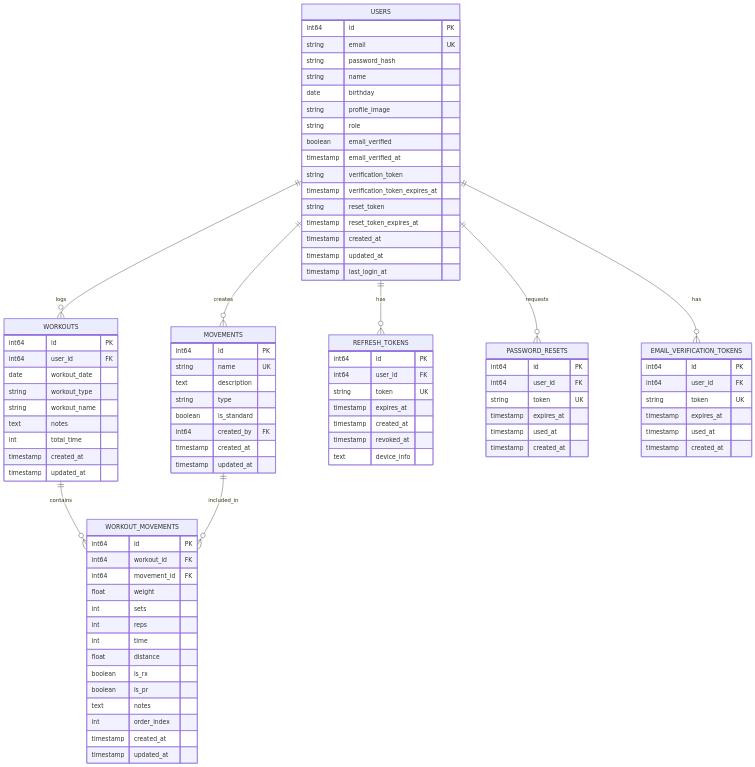
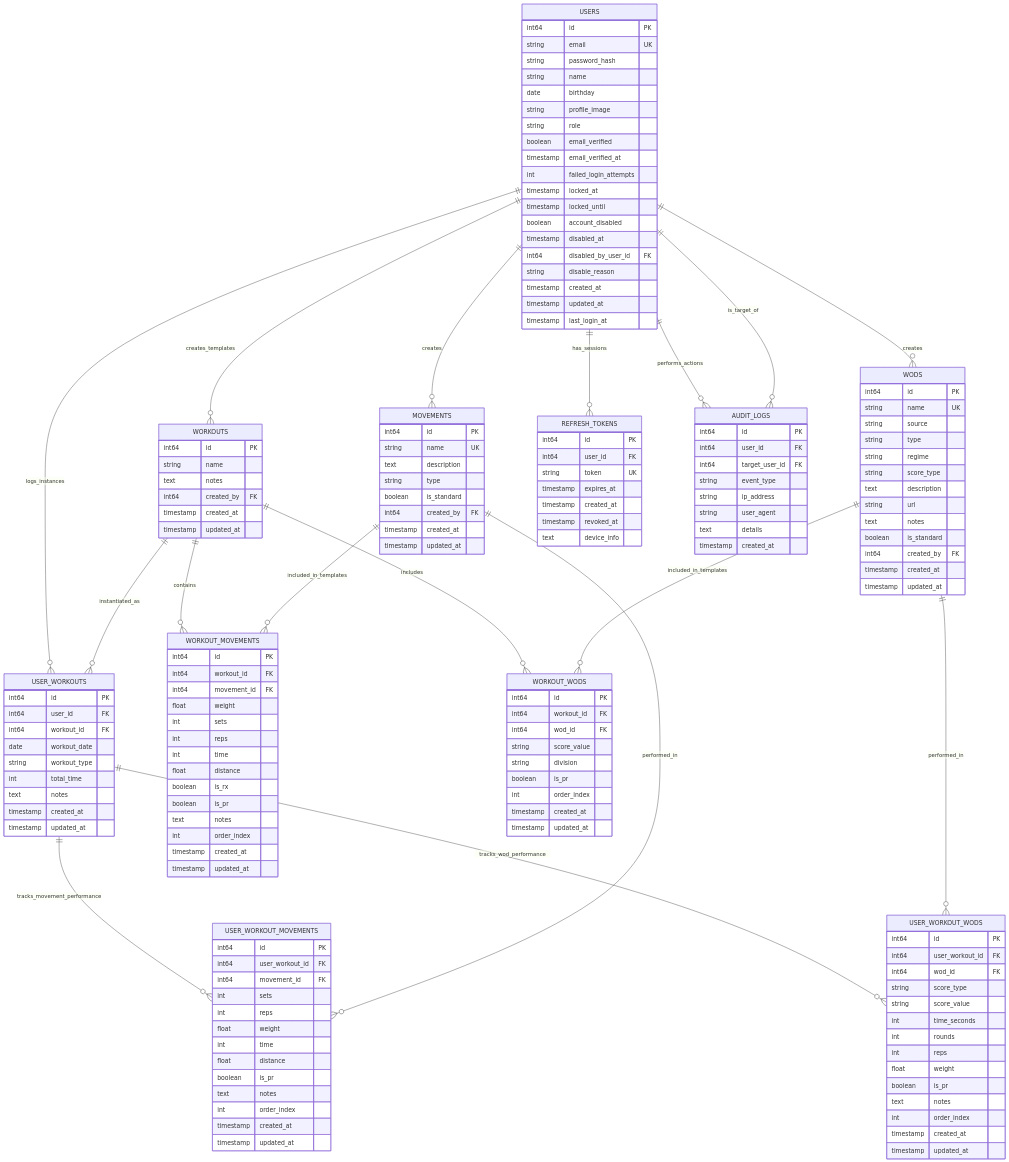
One commit to johnzastrow/actalog changed the diagram in docs/DATABASE_SCHEMA.md. Above: the diagram before and after it, drawn with Mermaid. The commit also changed other lines of this file, not shown here.

Commit message:
feat: Update database schema to enhance user and workout management; add new relationships and security features

````diff
--- a/docs/DATABASE_SCHEMA.md
+++ b/docs/DATABASE_SCHEMA.md
@@ -24,13 +24,25 @@
 ```mermaid
 erDiagram
-    USERS ||--o{ WORKOUTS : logs
+    USERS ||--o{ WORKOUTS : creates_templates
+    USERS ||--o{ USER_WORKOUTS : logs_instances
     USERS ||--o{ MOVEMENTS : creates
-    USERS ||--o{ REFRESH_TOKENS : has
-    USERS ||--o{ PASSWORD_RESETS : requests
-    USERS ||--o{ EMAIL_VERIFICATION_TOKENS : has
+    USERS ||--o{ WODS : creates
+    USERS ||--o{ REFRESH_TOKENS : has_sessions
+    USERS ||--o{ AUDIT_LOGS : performs_actions
+    USERS ||--o{ AUDIT_LOGS : is_target_of
 
     WORKOUTS ||--o{ WORKOUT_MOVEMENTS : contains
-    MOVEMENTS ||--o{ WORKOUT_MOVEMENTS : included_in
+    WORKOUTS ||--o{ WORKOUT_WODS : includes
+    WORKOUTS ||--o{ USER_WORKOUTS : instantiated_as
+
+    USER_WORKOUTS ||--o{ USER_WORKOUT_MOVEMENTS : tracks_movement_performance
+    USER_WORKOUTS ||--o{ USER_WORKOUT_WODS : tracks_wod_performance
+
+    MOVEMENTS ||--o{ WORKOUT_MOVEMENTS : included_in_templates
+    MOVEMENTS ||--o{ USER_WORKOUT_MOVEMENTS : performed_in
+
+    WODS ||--o{ WORKOUT_WODS : included_in_templates
+    WODS ||--o{ USER_WORKOUT_WODS : performed_in
 
     USERS {
         int64 id PK
@@ -42,10 +54,13 @@
         string role
         boolean email_verified
         timestamp email_verified_at
-        string verification_token
-        timestamp verification_token_expires_at
-        string reset_token
-        timestamp reset_token_expires_at
+        int failed_login_attempts
+        timestamp locked_at
+        timestamp locked_until
+        boolean account_disabled
+        timestamp disabled_at
+        int64 disabled_by_user_id FK
+        string disable_reason
         timestamp created_at
         timestamp updated_at
         timestamp last_login_at
@@ -53,12 +68,21 @@
 
     WORKOUTS {
         int64 id PK
+        string name
+        text notes
+        int64 created_by FK
+        timestamp created_at
+        timestamp updated_at
+    }
+
+    USER_WORKOUTS {
+        int64 id PK
         int64 user_id FK
+        int64 workout_id FK
         date workout_date
         string workout_type
-        string workout_name
+        int total_time
         text notes
-        int total_time
         timestamp created_at
         timestamp updated_at
     }
@@ -68,6 +92,22 @@
         string name UK
         text description
         string type
+        boolean is_standard
+        int64 created_by FK
+        timestamp created_at
+        timestamp updated_at
+    }
+
+    WODS {
+        int64 id PK
+        string name UK
+        string source
+        string type
+        string regime
+        string score_type
+        text description
+        string url
+        text notes
         boolean is_standard
         int64 created_by FK
         timestamp created_at
@@ -91,6 +131,51 @@
         timestamp updated_at
     }
 
+    WORKOUT_WODS {
+        int64 id PK
+        int64 workout_id FK
+        int64 wod_id FK
+        string score_value
+        string division
+        boolean is_pr
+        int order_index
+        timestamp created_at
+        timestamp updated_at
+    }
+
+    USER_WORKOUT_MOVEMENTS {
+        int64 id PK
+        int64 user_workout_id FK
+        int64 movement_id FK
+        int sets
+        int reps
+        float weight
+        int time
+        float distance
+        boolean is_pr
+        text notes
+        int order_index
+        timestamp created_at
+        timestamp updated_at
+    }
+
+    USER_WORKOUT_WODS {
+        int64 id PK
+        int64 user_workout_id FK
+        int64 wod_id FK
+        string score_type
+        string score_value
+        int time_seconds
+        int rounds
+        int reps
+        float weight
+        boolean is_pr
+        text notes
+        int order_index
+        timestamp created_at
+        timestamp updated_at
+    }
+
     REFRESH_TOKENS {
         int64 id PK
         int64 user_id FK
@@ -101,21 +186,14 @@
         text device_info
     }
 
-    PASSWORD_RESETS {
+    AUDIT_LOGS {
         int64 id PK
         int64 user_id FK
-        string token UK
-        timestamp expires_at
-        timestamp used_at
-        timestamp created_at
-    }
-
-    EMAIL_VERIFICATION_TOKENS {
-        int64 id PK
-        int64 user_id FK
-        string token UK
-        timestamp expires_at
-        timestamp used_at
+        int64 target_user_id FK
+        string event_type
+        string ip_address
+        string user_agent
+        text details
         timestamp created_at
     }
 ```
````
